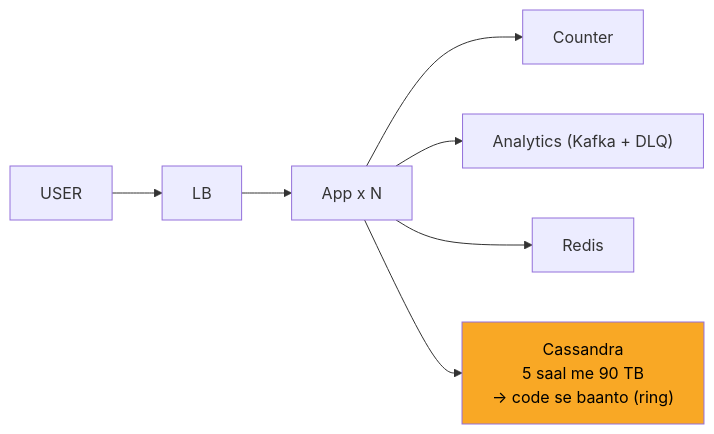
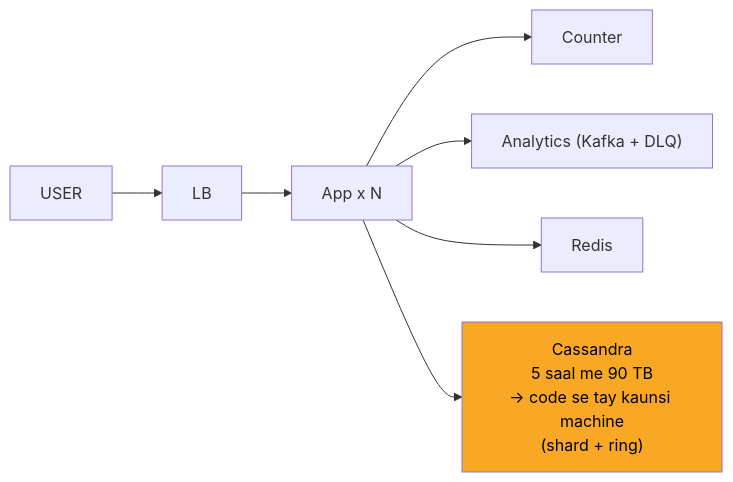
The sixth of 10 diagrams in 04_HLD/SYSTEM_DESIGNS/01_url_shortener/01_url_shortener.md (ArpanMaheshwari144/Prep), drawn with Mermaid before and after one commit. The commit also changed other lines of this file and 13 other files, not shown here.

````diff
--- a/04_HLD/SYSTEM_DESIGNS/01_url_shortener/01_url_shortener.md
+++ b/04_HLD/SYSTEM_DESIGNS/01_url_shortener/01_url_shortener.md
@@ -252,17 +252,17 @@
 ```mermaid
 flowchart LR
     n_USER["USER"]
     n_LB["LB"]
     n_App_xN["App x N"]
     n_Counter["Counter"]
     n_ANA["Analytics (Kafka + DLQ)"]
     n_Redis["Redis"]
-    n_Cassandra["Cassandra<br/>5 saal me 90 TB<br/>-> code se baanto (ring)"]
+    n_Cassandra["Cassandra<br/>5 saal me 90 TB<br/>-> code se tay kaunsi machine<br/>(shard + ring)"]
     n_USER --> n_LB
     n_LB --> n_App_xN
     n_App_xN --> n_Counter
     n_App_xN --> n_ANA
     n_App_xN --> n_Redis
     n_App_xN --> n_Cassandra
     style n_Cassandra fill:#f9a825,color:#000
 ```
````
